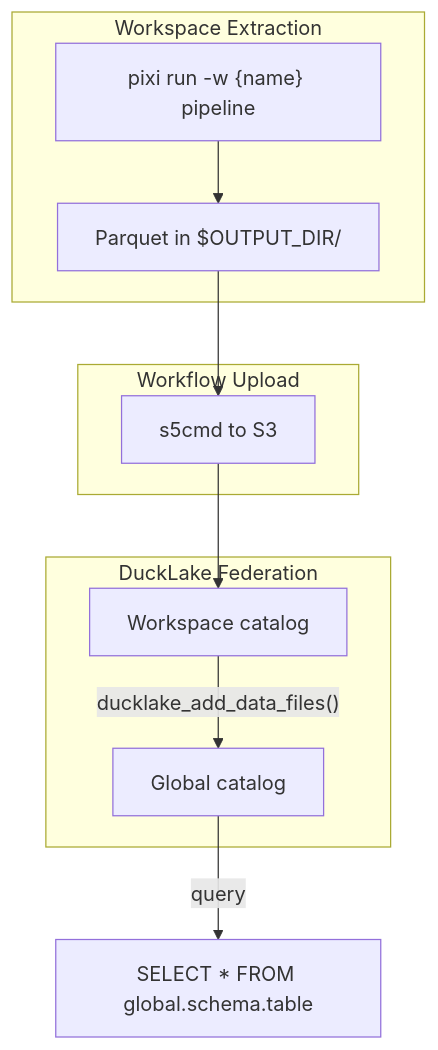
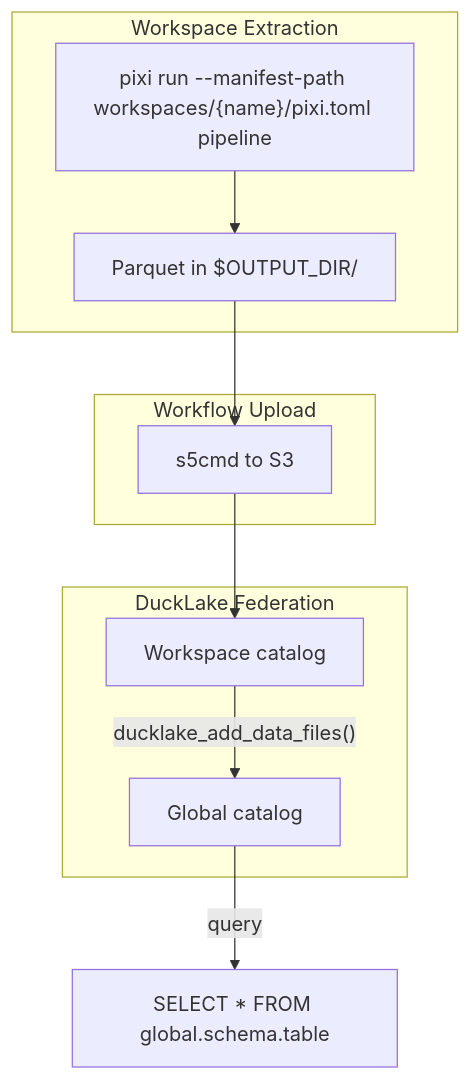
The third of 3 diagrams in README.md (walkthru-earth/ai-data-registry), drawn with Mermaid before and after one commit. The commit also changed other lines of this file and 6 other files, not shown here.

````diff
--- a/README.md
+++ b/README.md
@@ -173,22 +170,22 @@
 ```mermaid
 flowchart TD
     subgraph Workspace[Workspace Extraction]
-        EX["pixi run -w {name} pipeline"]
+        EX["pixi run --manifest-path workspaces/{name}/pixi.toml pipeline"]
         OUT[Parquet in $OUTPUT_DIR/]
         EX --> OUT
     end
 
     subgraph Upload[Workflow Upload]
         S5[s5cmd to S3]
         OUT --> S5
     end
 
     subgraph Catalog[DuckLake Federation]
         WC[Workspace catalog]
         GC[Global catalog]
         S5 --> WC
         WC -->|"ducklake_add_data_files()"| GC
     end
 
     GC -->|query| Q["SELECT * FROM global.schema.table"]
 ```
````
